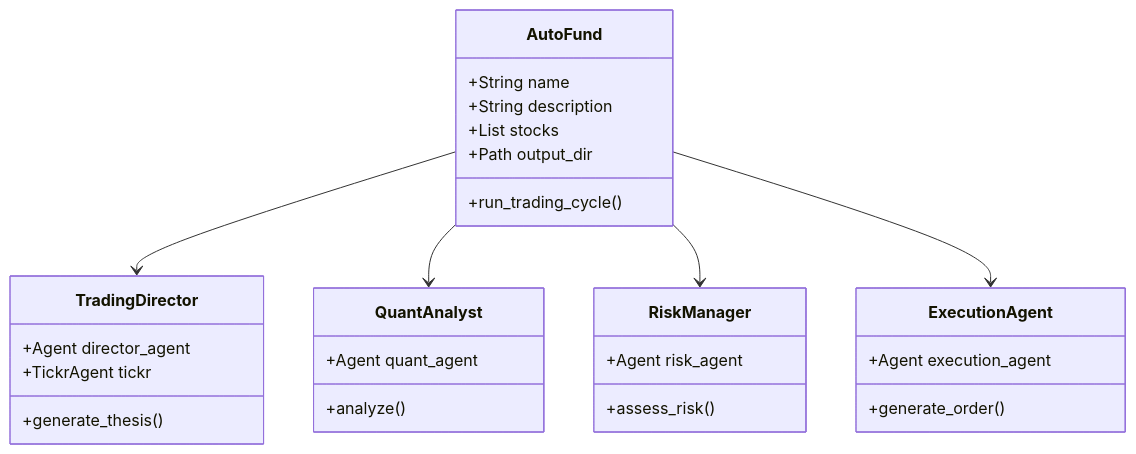
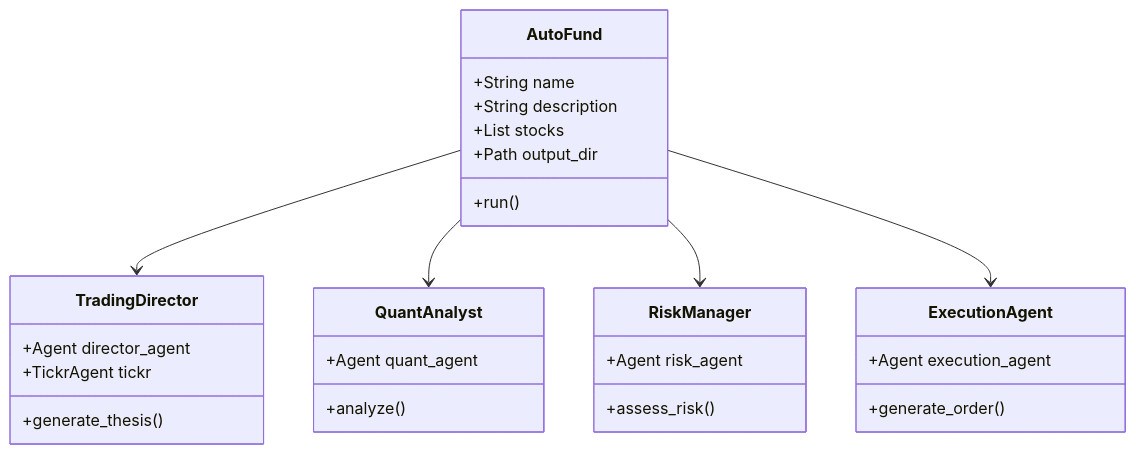
The sixth of 6 diagrams in README.md (gouchan/AutoHedge), drawn with Mermaid before and after one commit. The commit also changed other lines of this file and 10 other files, not shown here.

````diff
--- a/README.md
+++ b/README.md
@@ -286,36 +286,36 @@
 ```mermaid
 classDiagram
     class AutoFund {
         +String name
         +String description
         +List stocks
         +Path output_dir
-        +run_trading_cycle()
+        +run()
     }
     
     class TradingDirector {
         +Agent director_agent
         +TickrAgent tickr
         +generate_thesis()
     }
     
     class QuantAnalyst {
         +Agent quant_agent
         +analyze()
     }
     
     class RiskManager {
         +Agent risk_agent
         +assess_risk()
     }
     
     class ExecutionAgent {
         +Agent execution_agent
         +generate_order()
     }
     
     AutoFund --> TradingDirector
     AutoFund --> QuantAnalyst
     AutoFund --> RiskManager
     AutoFund --> ExecutionAgent
 ```
````
